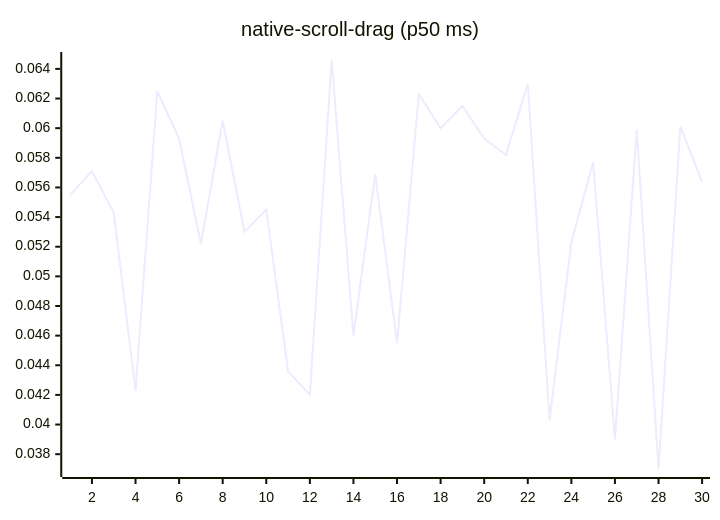
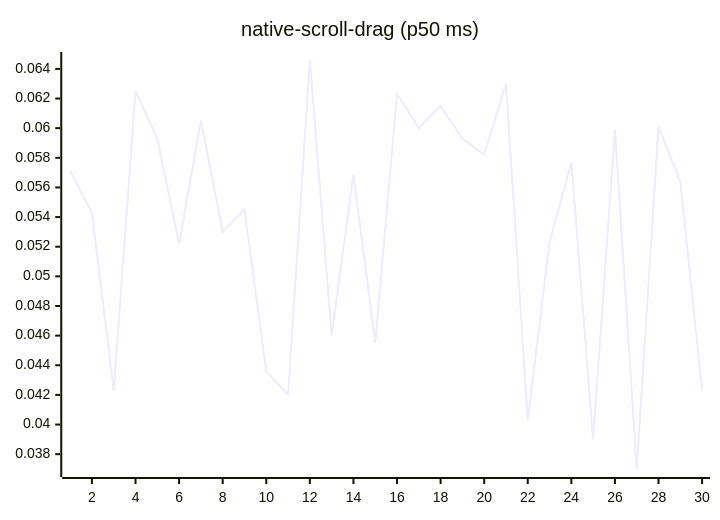
Before and after one commit to josha/Facet: diagram 14 of 27 in README.md, drawn with Mermaid. The commit also changed other lines of this file and 2 other files, not shown here.

````diff
--- a/README.md
+++ b/README.md
@@ -154,6 +154,6 @@
 ```mermaid
 xychart-beta
     title "native-scroll-drag (p50 ms)"
     x-axis 1 --> 30
-    line [0.0555, 0.0571, 0.0543, 0.0423, 0.0625, 0.0593, 0.0522, 0.0605, 0.0530, 0.0545, 0.0436, 0.0420, 0.0646, 0.0460, 0.0569, 0.0455, 0.0623, 0.0600, 0.0615, 0.0593, 0.0582, 0.0630, 0.0403, 0.0523, 0.0577, 0.0390, 0.0599, 0.0370, 0.0601, 0.0564]
+    line [0.0571, 0.0543, 0.0423, 0.0625, 0.0593, 0.0522, 0.0605, 0.0530, 0.0545, 0.0436, 0.0420, 0.0646, 0.0460, 0.0569, 0.0455, 0.0623, 0.0600, 0.0615, 0.0593, 0.0582, 0.0630, 0.0403, 0.0523, 0.0577, 0.0390, 0.0599, 0.0370, 0.0601, 0.0564, 0.0423]
 ```
````
